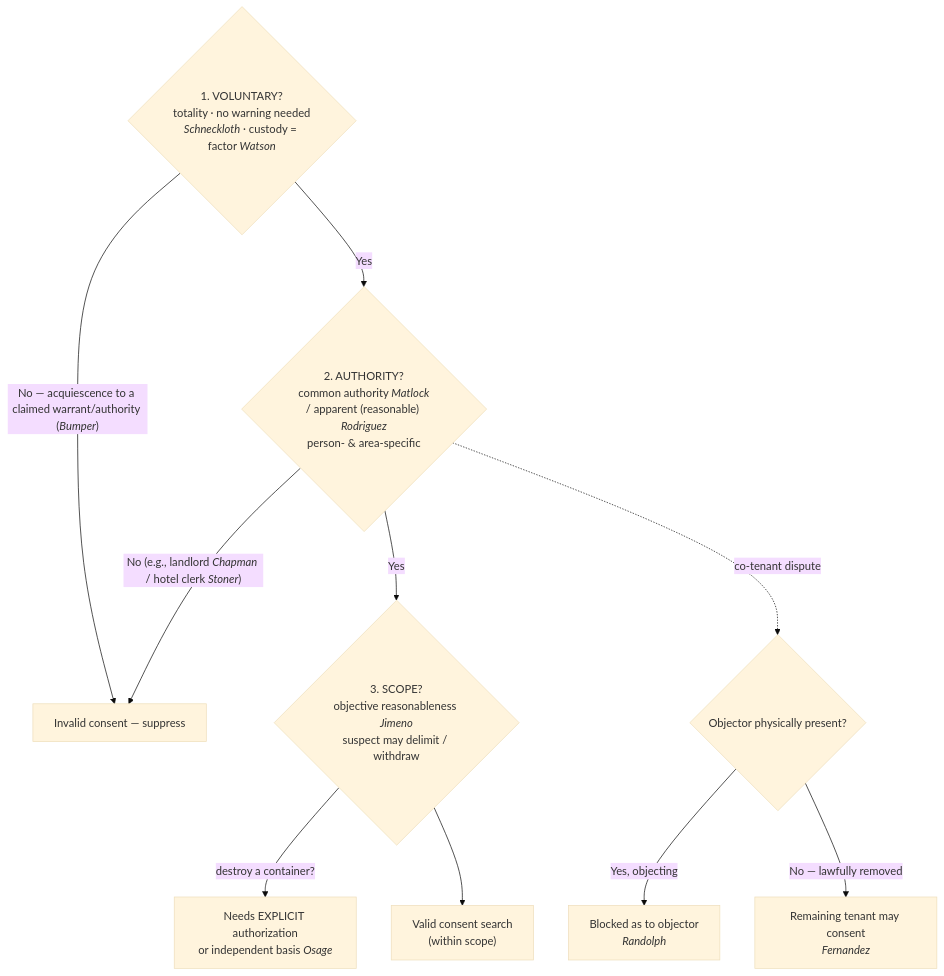
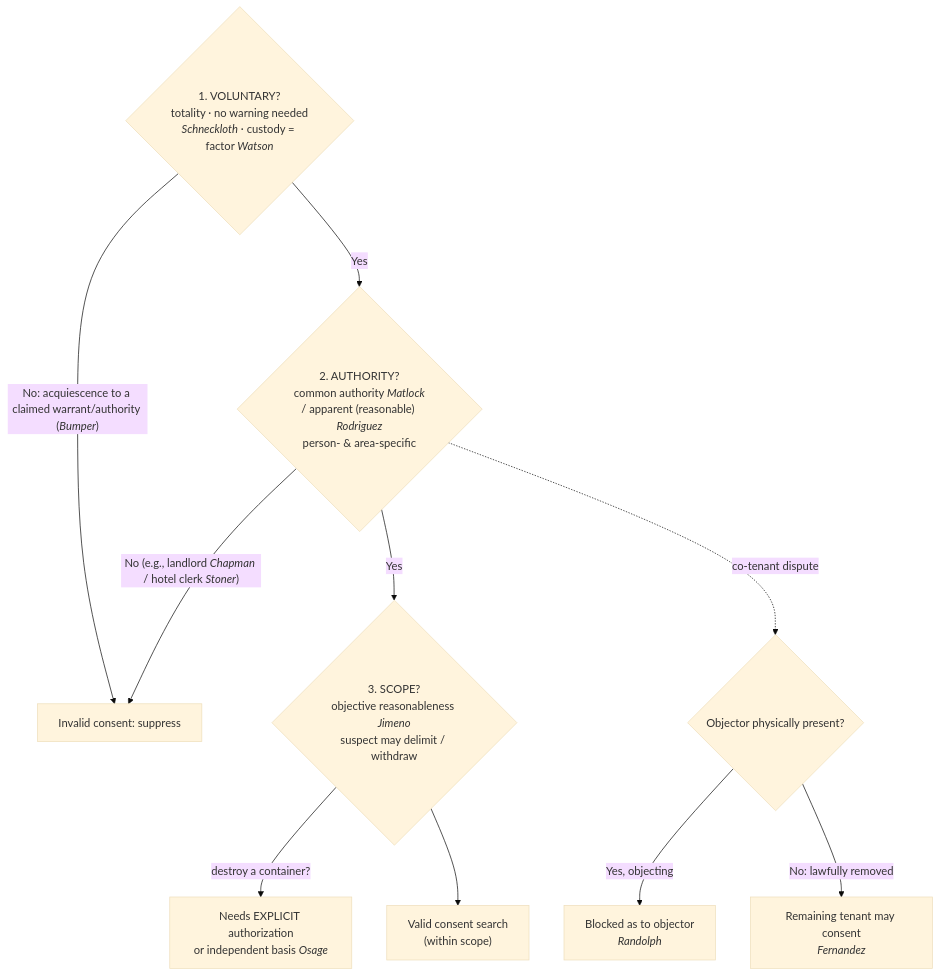
Before and after one commit to Enragedsaturday/enragedsaturday.github.io: the diagram in content/warrant-exceptions/Consent Searches.md, drawn with Mermaid (base theme). The commit also changed other lines of this file and 9 other files, not shown here.

````diff
--- a/content/warrant-exceptions/Consent Searches.md
+++ b/content/warrant-exceptions/Consent Searches.md
@@ -93,13 +116,13 @@
 ```mermaid
 flowchart TD
   V{"1. VOLUNTARY?<br/>totality · no warning needed<br/><i>Schneckloth</i> · custody = factor <i>Watson</i>"}
-  V -->|"No — acquiescence to a claimed warrant/authority (<i>Bumper</i>)"| X["Invalid consent — suppress"]
+  V -->|"No: acquiescence to a claimed warrant/authority (<i>Bumper</i>)"| X["Invalid consent: suppress"]
   V -->|Yes| A{"2. AUTHORITY?<br/>common authority <i>Matlock</i><br/>/ apparent (reasonable) <i>Rodriguez</i><br/>person- &amp; area-specific"}
   A -->|"No (e.g., landlord <i>Chapman</i> / hotel clerk <i>Stoner</i>)"| X
   A -->|Yes| S{"3. SCOPE?<br/>objective reasonableness <i>Jimeno</i><br/>suspect may delimit / withdraw"}
   S -->|"destroy a container?"| D["Needs EXPLICIT authorization<br/>or independent basis <i>Osage</i>"]
   S --> OK["Valid consent search<br/>(within scope)"]
   A -.->|co-tenant dispute| C{"Objector physically present?"}
   C -->|"Yes, objecting"| BLK["Blocked as to objector<br/><i>Randolph</i>"]
-  C -->|"No — lawfully removed"| OK2["Remaining tenant may consent<br/><i>Fernandez</i>"]
+  C -->|"No: lawfully removed"| OK2["Remaining tenant may consent<br/><i>Fernandez</i>"]
 ```
````
